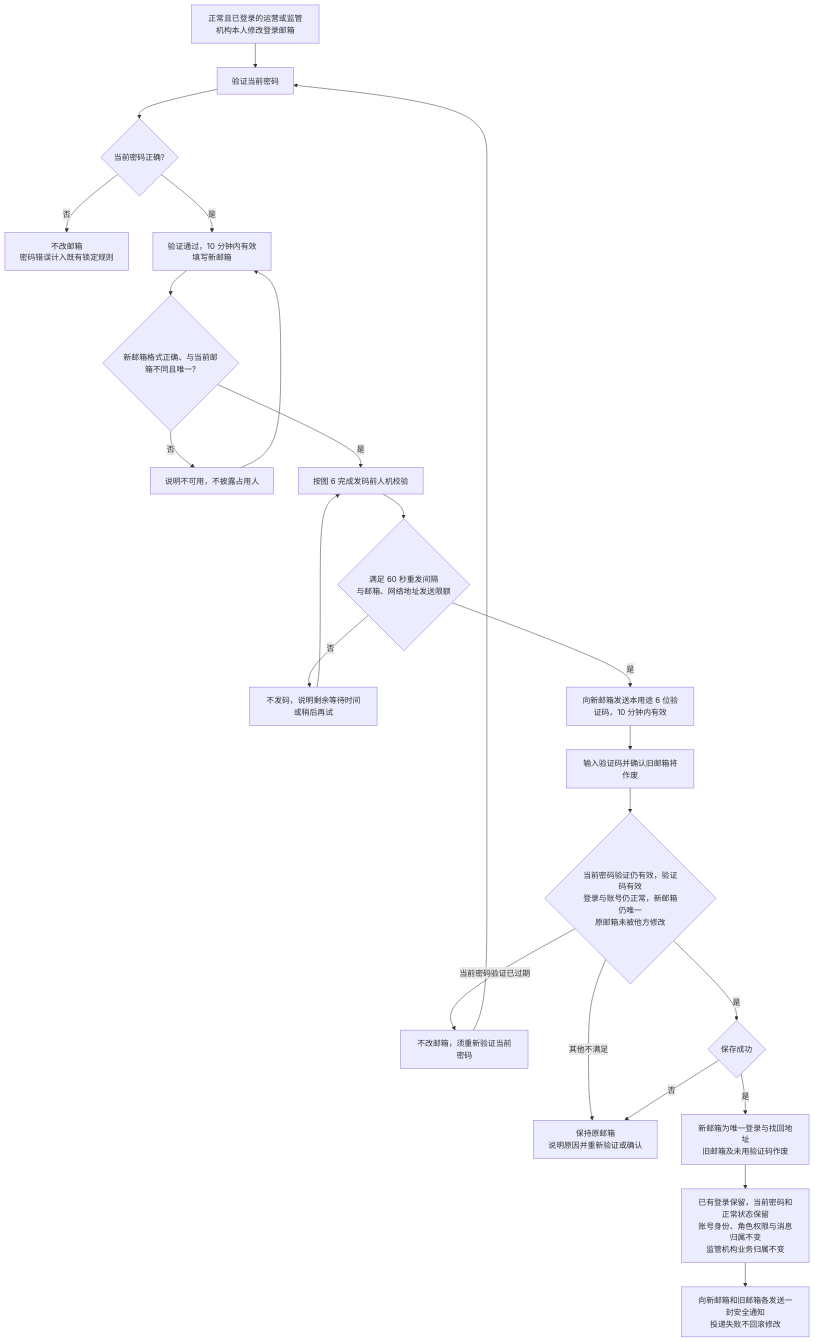
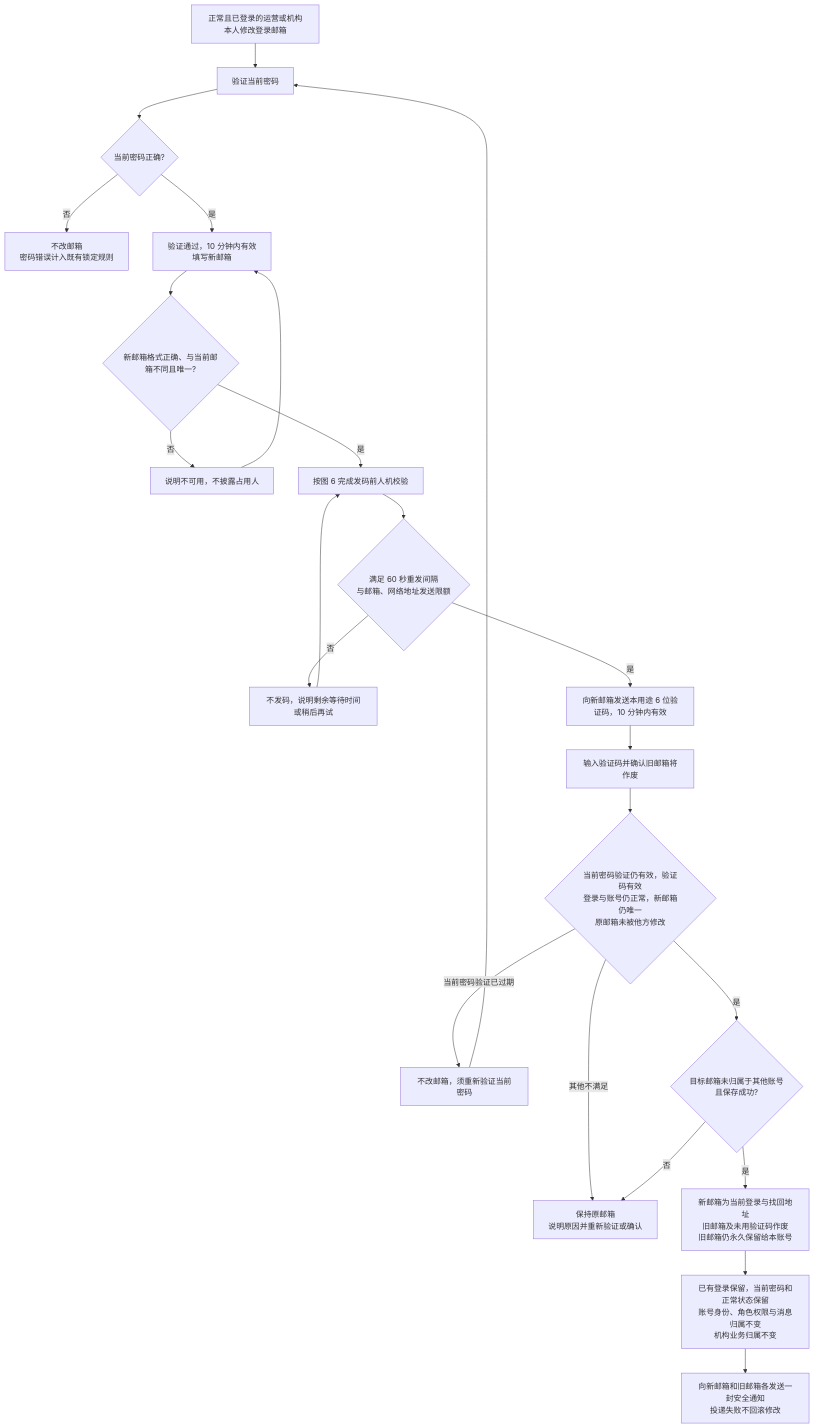
One commit to wxblockchain/Chain-Financing changed the seventh of 9 diagrams in token-issuance-platform/PRD/管理端/M5-管理端登录与权限/02-管理端登录与权限-流程图与状态机.md. Above: the diagram before and after it, drawn with Mermaid. The commit also changed other lines of this file and 17 other files, not shown here.

````diff
--- a/token-issuance-platform/PRD/管理端/M5-管理端登录与权限/02-管理端登录与权限-流程图与状态机.md
+++ b/token-issuance-platform/PRD/管理端/M5-管理端登录与权限/02-管理端登录与权限-流程图与状态机.md
@@ -164,25 +160,25 @@
 ```mermaid
 flowchart TD
-    A[正常且已登录的运营或监管机构本人修改登录邮箱] --> B[验证当前密码]
+    A[正常且已登录的运营或机构本人修改登录邮箱] --> B[验证当前密码]
     B --> C{当前密码正确?}
     C -->|否| D[不改邮箱<br/>密码错误计入既有锁定规则]
     C -->|是| B1[验证通过，10 分钟内有效<br/>填写新邮箱]
     B1 --> C1{新邮箱格式正确、与当前邮箱不同且唯一?}
     C1 -->|否| D1[说明不可用，不披露占用人]
     D1 --> B1
     C1 -->|是| E2[按图 6 完成发码前人机校验]
     E2 --> E0{满足 60 秒重发间隔<br/>与邮箱、网络地址发送限额}
     E0 -->|否| E1[不发码，说明剩余等待时间或稍后再试]
     E1 --> E2
     E0 -->|是| E[向新邮箱发送本用途 6 位验证码，10 分钟内有效]
     E --> F[输入验证码并确认旧邮箱将作废]
     F --> G{当前密码验证仍有效，验证码有效<br/>登录与账号仍正常，新邮箱仍唯一<br/>原邮箱未被他方修改}
     G -->|当前密码验证已过期| G1[不改邮箱，须重新验证当前密码]
     G1 --> B
     G -->|其他不满足| H[保持原邮箱<br/>说明原因并重新验证或确认]
-    G -->|是| I{保存成功}
+    G -->|是| I{目标邮箱未归属于其他账号<br/>且保存成功?}
     I -->|否| H
-    I -->|是| J[新邮箱为唯一登录与找回地址<br/>旧邮箱及未用验证码作废]
-    J --> K[已有登录保留，当前密码和正常状态保留<br/>账号身份、角色权限与消息归属不变<br/>监管机构业务归属不变]
+    I -->|是| J[新邮箱为当前登录与找回地址<br/>旧邮箱及未用验证码作废<br/>旧邮箱仍永久保留给本账号]
+    J --> K[已有登录保留，当前密码和正常状态保留<br/>账号身份、角色权限与消息归属不变<br/>机构业务归属不变]
     K --> L[向新邮箱和旧邮箱各发送一封安全通知<br/>投递失败不回滚修改]
 ```
````
